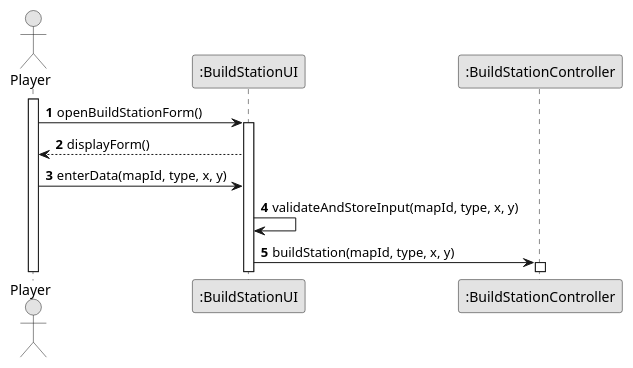
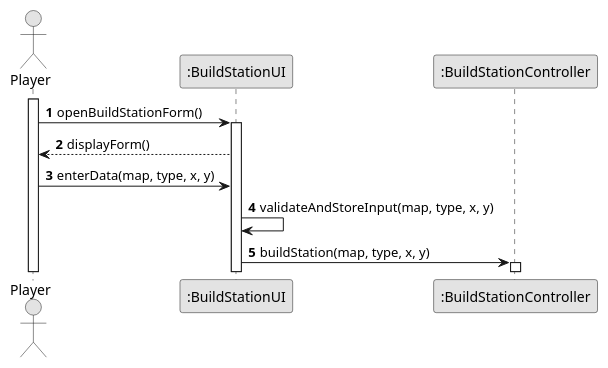
The diagram in docs/system-documentation/US005/03.design/puml/US005-SD-getInput.puml (goncalolopesp/sem2-pi-24.25-g093-repo), drawn with PlantUML before and after one commit. The commit also changed 7 other files, not shown here.

```diff
--- a/docs/system-documentation/US005/03.design/puml/US005-SD-getInput.puml
+++ b/docs/system-documentation/US005/03.design/puml/US005-SD-getInput.puml
@@ -1,24 +1,24 @@
 @startuml US005-SD-getInput
 skinparam monochrome true
 skinparam packageStyle rectangle
 skinparam shadowing false
 autonumber
 
 actor "Player" as Player
 participant ":BuildStationUI" as BuildUI
 participant ":BuildStationController" as BuildController
 
 activate Player
 Player -> BuildUI: openBuildStationForm()
 activate BuildUI
 BuildUI --> Player: displayForm()
 
-Player -> BuildUI: enterData(mapId, type, x, y)
-BuildUI -> BuildUI: validateAndStoreInput(mapId, type, x, y)
+Player -> BuildUI: enterData(map, type, x, y)
+BuildUI -> BuildUI: validateAndStoreInput(map, type, x, y)
 
-BuildUI -> BuildController: buildStation(mapId, type, x, y)
+BuildUI -> BuildController: buildStation(map, type, x, y)
 activate BuildController
 
 
 
 @enduml
```
